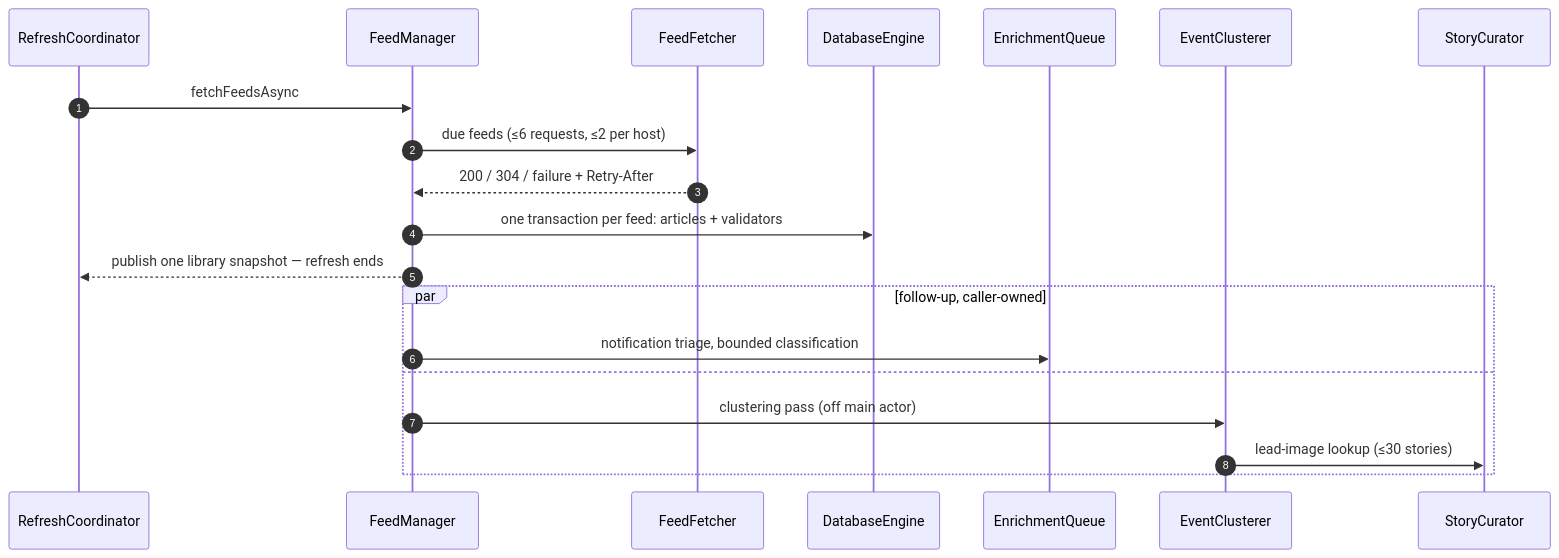
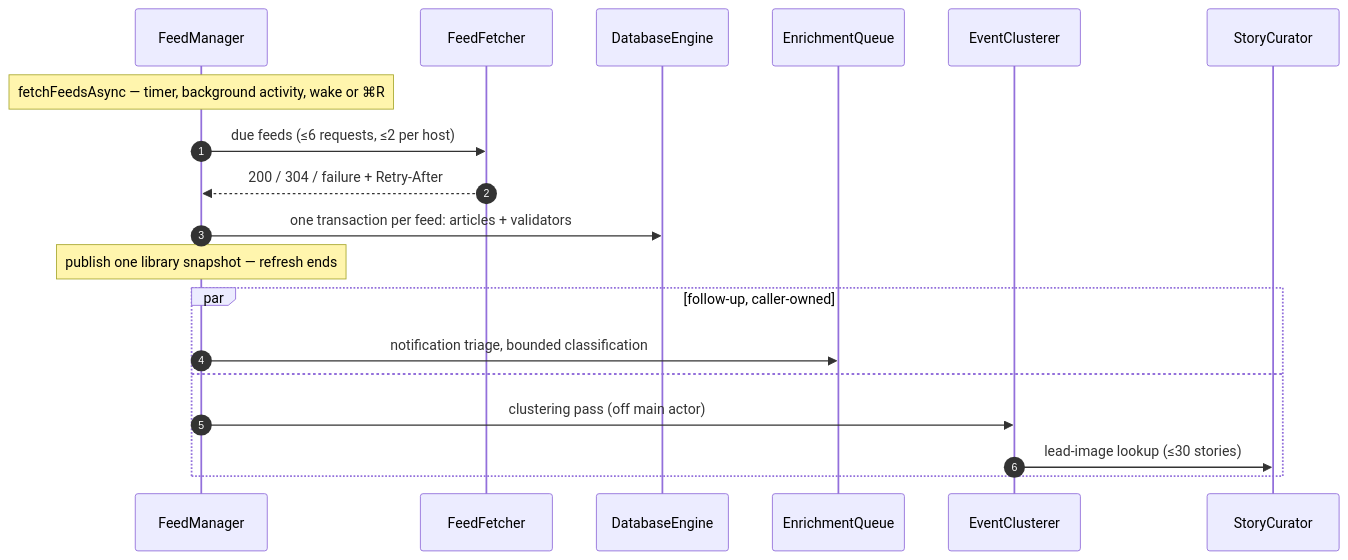
One commit to marspater/NewsApp-macOS changed the second of 3 diagrams in docs/ARCHITECTURE.md. Above: the diagram before and after it, drawn with Mermaid. The commit also changed other lines of this file and 35 other files, not shown here.

````diff
--- a/docs/ARCHITECTURE.md
+++ b/docs/ARCHITECTURE.md
@@ -104,22 +102,21 @@
 ```mermaid
 sequenceDiagram
     autonumber
-    participant RC as RefreshCoordinator
     participant FM as FeedManager
     participant FF as FeedFetcher
     participant DB as DatabaseEngine
     participant EQ as EnrichmentQueue
     participant EC as EventClusterer
     participant SC as StoryCurator
-    RC->>FM: fetchFeedsAsync
+    Note over FM: fetchFeedsAsync — timer, background activity, wake or ⌘R
     FM->>FF: due feeds (≤6 requests, ≤2 per host)
     FF-->>FM: 200 / 304 / failure + Retry-After
     FM->>DB: one transaction per feed: articles + validators
-    FM-->>RC: publish one library snapshot — refresh ends
+    Note over FM: publish one library snapshot — refresh ends
     par follow-up, caller-owned
         FM->>EQ: notification triage, bounded classification
     and
         FM->>EC: clustering pass (off main actor)
         EC->>SC: lead-image lookup (≤30 stories)
     end
 ```
````
